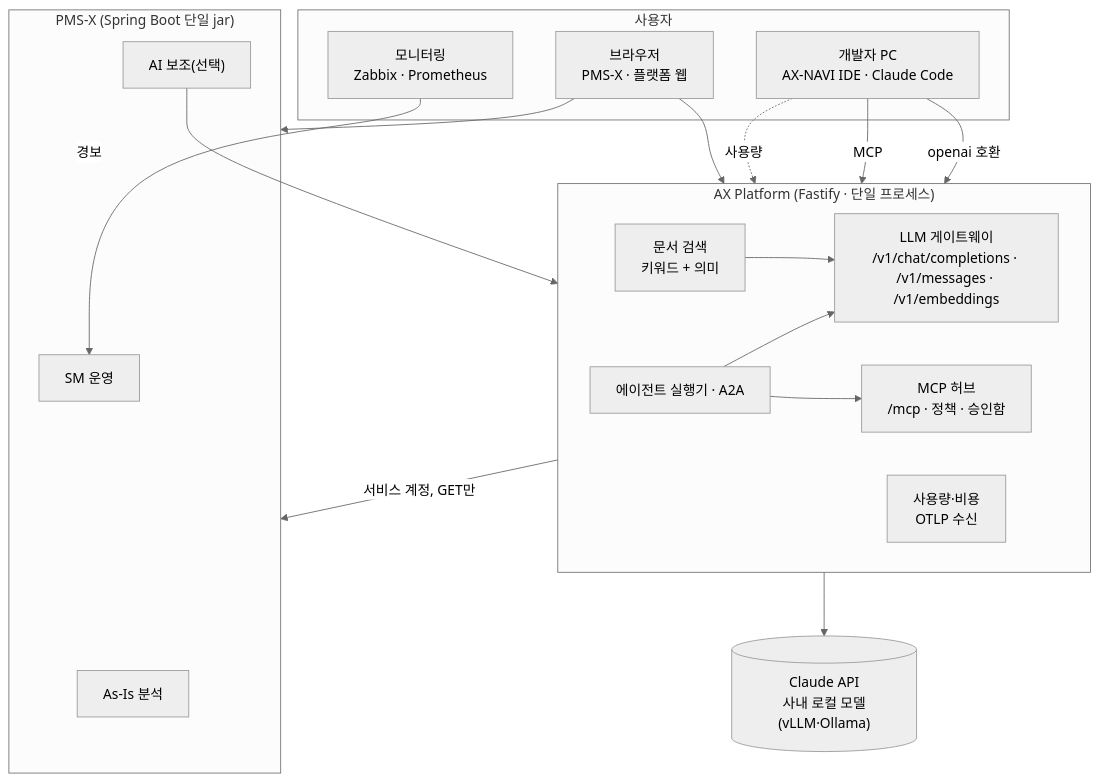
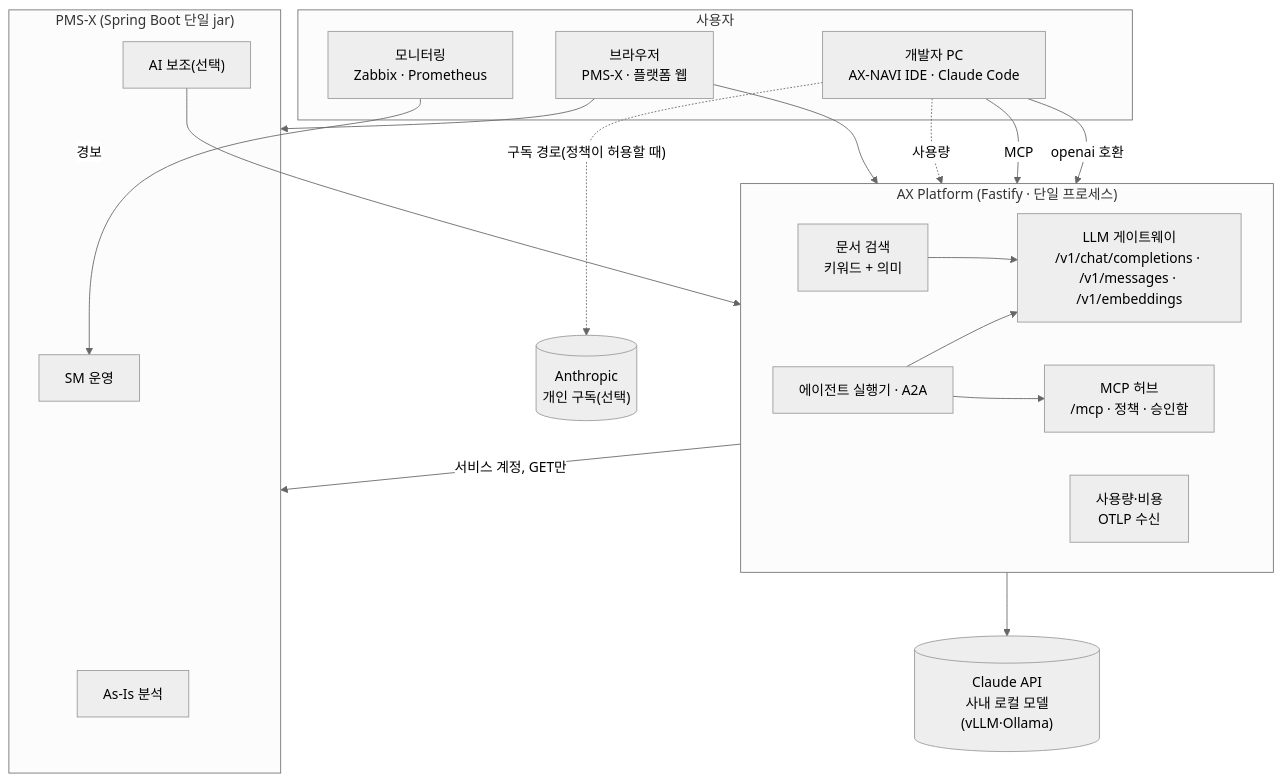
Before and after one commit to Malburi/hnix-ax-site: the diagram in getting-started/architecture.md, drawn with Mermaid (neutral theme). The commit also changed other lines of this file and 9 other files, not shown here.

````diff
--- a/getting-started/architecture.md
+++ b/getting-started/architecture.md
@@ -47,34 +47,36 @@
 ```mermaid
 flowchart TB
     subgraph USERS["사용자"]
         DEVPC["개발자 PC<br/>AX-NAVI IDE · Claude Code"]
         BROWSER["브라우저<br/>PMS-X · 플랫폼 웹"]
         MON["모니터링<br/>Zabbix · Prometheus"]
     end
     subgraph PLATFORM["AX Platform (Fastify · 단일 프로세스)"]
         direction LR
         GW["LLM 게이트웨이<br/>/v1/chat/completions · /v1/messages · /v1/embeddings"]
         HUB["MCP 허브<br/>/mcp · 정책 · 승인함"]
         INS["사용량·비용<br/>OTLP 수신"]
         AG["에이전트 실행기 · A2A"]
         RAG["문서 검색<br/>키워드 + 의미"]
     end
     subgraph PMSX["PMS-X (Spring Boot 단일 jar)"]
         ASIS["As-Is 분석"]
         SM["SM 운영"]
         AI["AI 보조(선택)"]
     end
     MODELS[("Claude API<br/>사내 로컬 모델(vLLM·Ollama)")]
+    ANTH[("Anthropic<br/>개인 구독(선택)")]
+    DEVPC -. "구독 경로(정책이 허용할 때)" .-> ANTH
     DEVPC -- "openai 호환" --> GW
     DEVPC -- "MCP" --> HUB
     DEVPC -. "사용량" .-> INS
     BROWSER --> PMSX
     BROWSER --> PLATFORM
     MON -- "경보" --> SM
     AI --> GW
     HUB -- "서비스 계정, GET만" --> PMSX
     AG --> GW
     AG --> HUB
     RAG --> GW
     GW --> MODELS
 ```
````
